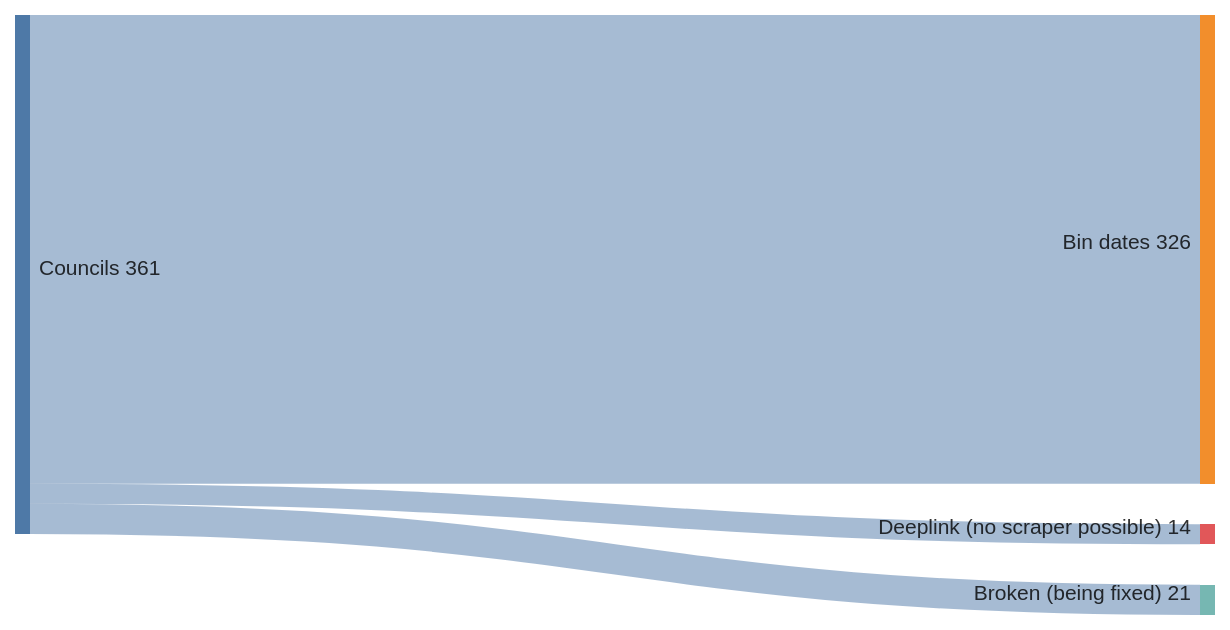
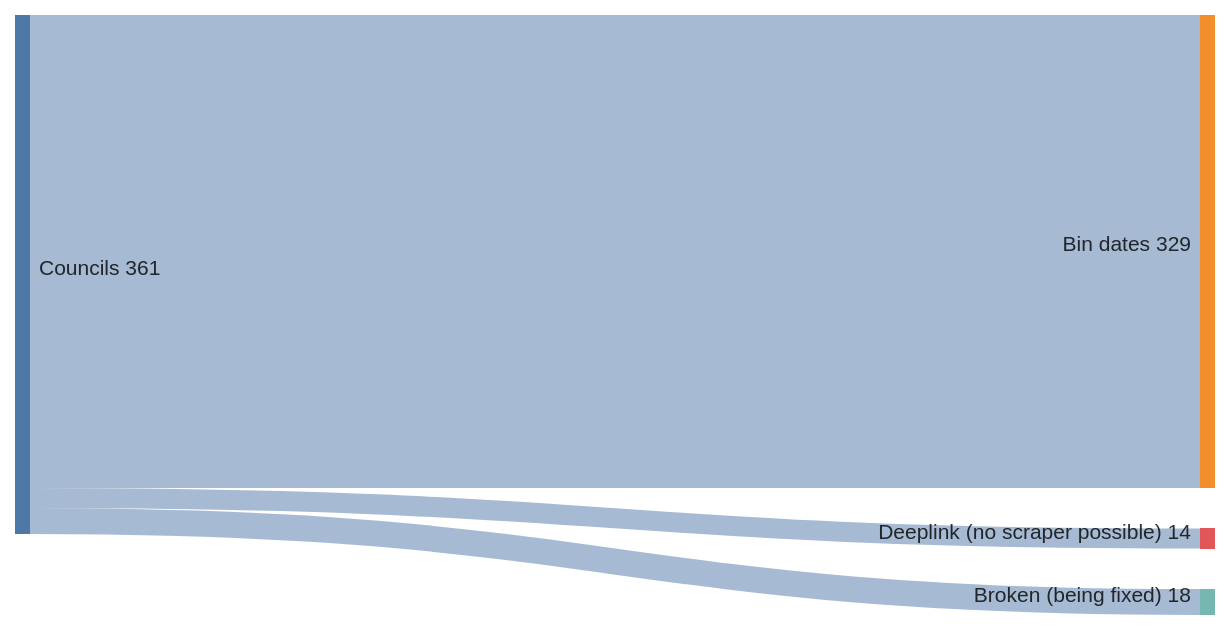
Before and after one commit to cmbsteinberg/ukbinday: the diagram in README.md, drawn with Mermaid. The commit also changed other lines of this file and 4 other files, not shown here.

````diff
--- a/README.md
+++ b/README.md
@@ -12,15 +12,15 @@
 ```mermaid
 ---
 config:
   sankey:
     width: 800
     height: 400
     linkColor: source
     nodeAlignment: left
 ---
 sankey-beta
 
-"Councils","Bin dates",326
+"Councils","Bin dates",329
 "Councils","Deeplink (no scraper possible)",14
-"Councils","Broken (being fixed)",21
+"Councils","Broken (being fixed)",18
 ```
````
